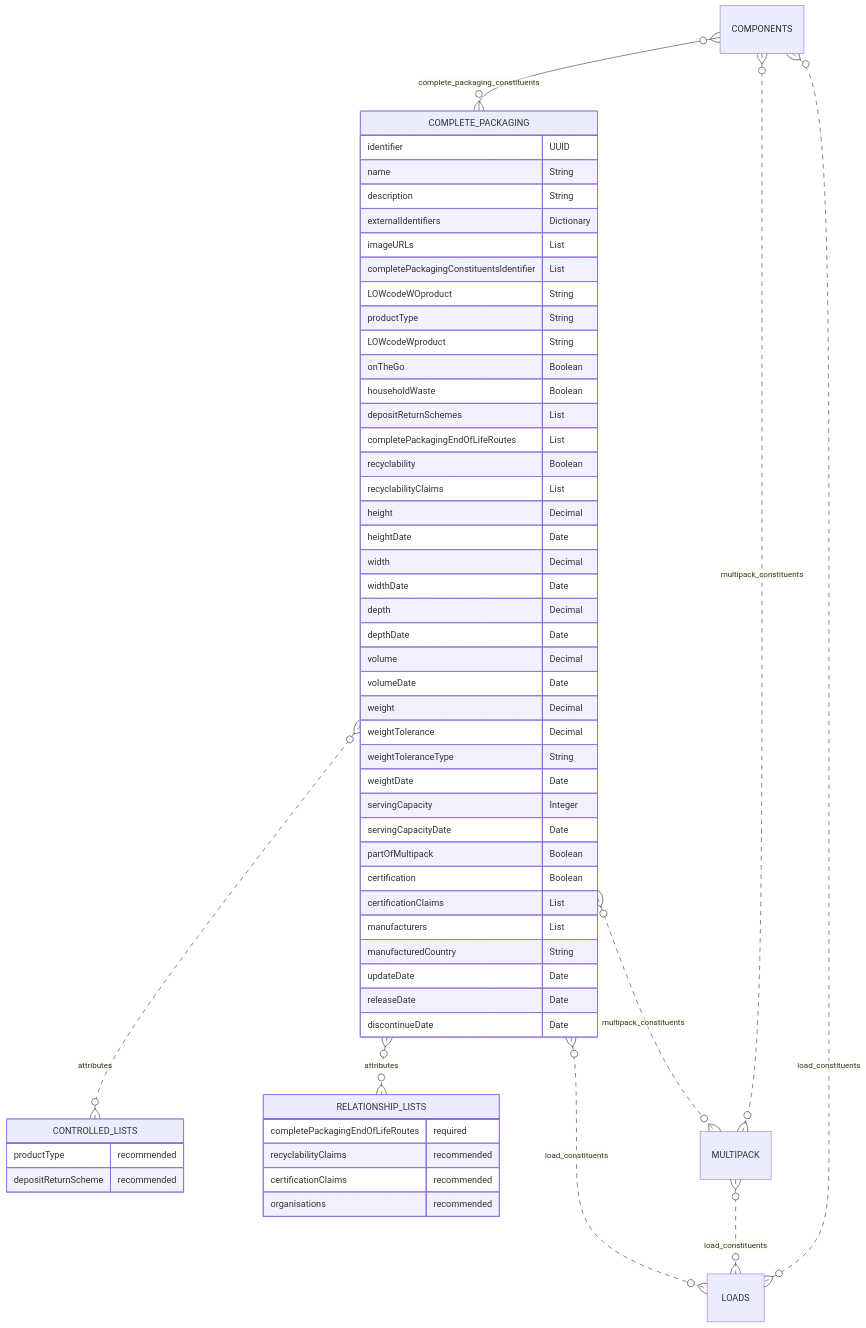
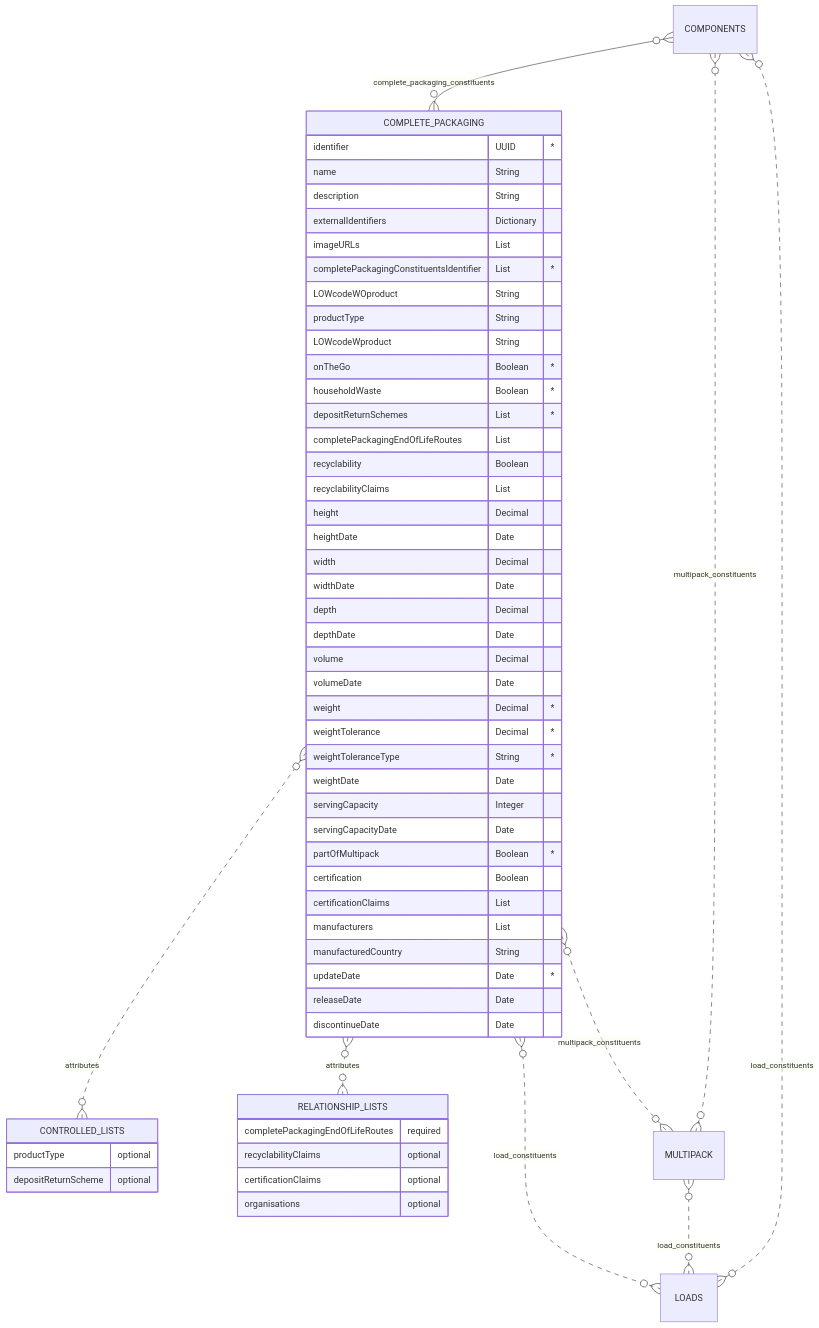
The diagram in docs/3_Data_Specification/3_4_Complete_Packaging.md (OpenDataManchester/Open3P), drawn with Mermaid before and after one commit. The commit also changed other lines of this file, not shown here.

Commit message:
Requ --> Mand, Recc --> Optional, add [*] to table

````diff
--- a/docs/3_Data_Specification/3_4_Complete_Packaging.md
+++ b/docs/3_Data_Specification/3_4_Complete_Packaging.md
@@ -53,60 +53,60 @@
 ``` mermaid
 erDiagram
 COMPONENTS }o--o{ COMPLETE_PACKAGING : complete_packaging_constituents
   COMPLETE_PACKAGING {
-    identifier UUID
+    identifier UUID "*"
     name String
     description String
     externalIdentifiers Dictionary
     imageURLs List
-    completePackagingConstituentsIdentifier List
+    completePackagingConstituentsIdentifier List "*"
     LOWcodeWOproduct String
     productType String
     LOWcodeWproduct String
-    onTheGo Boolean
-    householdWaste Boolean
-    depositReturnSchemes List
+    onTheGo Boolean "*"
+    householdWaste Boolean "*"
+    depositReturnSchemes List "*"
     completePackagingEndOfLifeRoutes List
     recyclability Boolean
     recyclabilityClaims List
     height Decimal
     heightDate Date
     width Decimal
     widthDate Date
     depth Decimal
     depthDate Date
     volume Decimal
     volumeDate Date
-    weight Decimal
-    weightTolerance Decimal
-    weightToleranceType String
+    weight Decimal "*"
+    weightTolerance Decimal "*"
+    weightToleranceType String "*"
     weightDate Date
     servingCapacity Integer
     servingCapacityDate Date
-    partOfMultipack Boolean
+    partOfMultipack Boolean "*"
     certification Boolean
     certificationClaims List
     manufacturers List
     manufacturedCountry String
-    updateDate Date
+    updateDate Date "*"
     releaseDate Date
     discontinueDate Date
   }
   COMPLETE_PACKAGING }o..o{ CONTROLLED_LISTS : attributes
   COMPLETE_PACKAGING }O..O{ RELATIONSHIP_LISTS : attributes
   COMPLETE_PACKAGING }o..o{ MULTIPACK : multipack_constituents
   COMPONENTS }o..o{ MULTIPACK : multipack_constituents
   COMPLETE_PACKAGING }o..o{ LOADS : load_constituents
   MULTIPACK }o..o{ LOADS : load_constituents
   COMPONENTS }o..o{ LOADS : load_constituents
       CONTROLLED_LISTS {
-      productType recommended
-      depositReturnScheme recommended
+      productType optional
+      depositReturnScheme optional
     }
     RELATIONSHIP_LISTS {
       completePackagingEndOfLifeRoutes required
-      recyclabilityClaims recommended
-      certificationClaims recommended
-      organisations recommended
+      recyclabilityClaims optional
+      certificationClaims optional
+      organisations optional
     }
 ```
````
